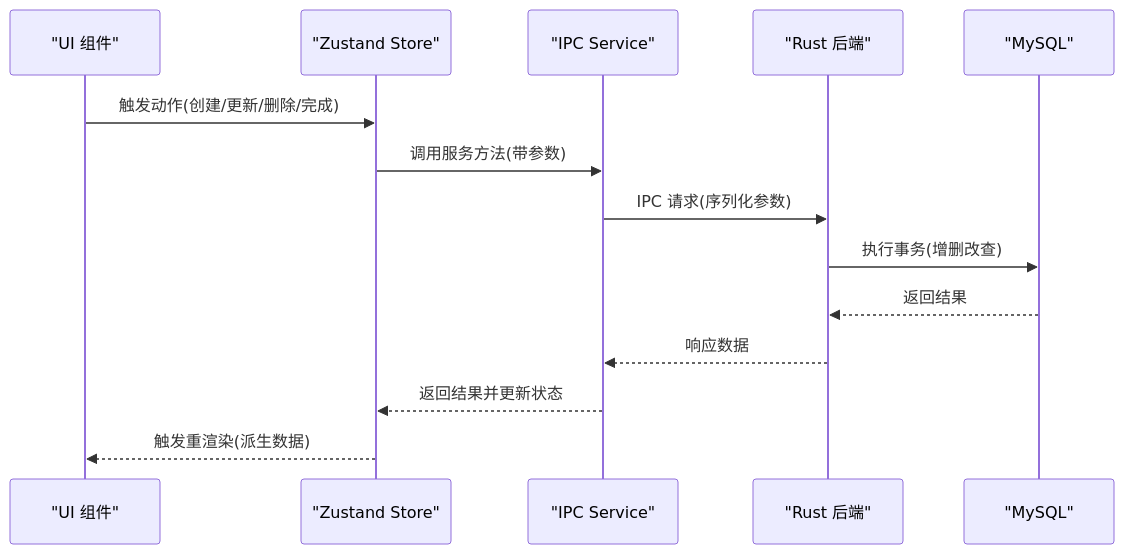
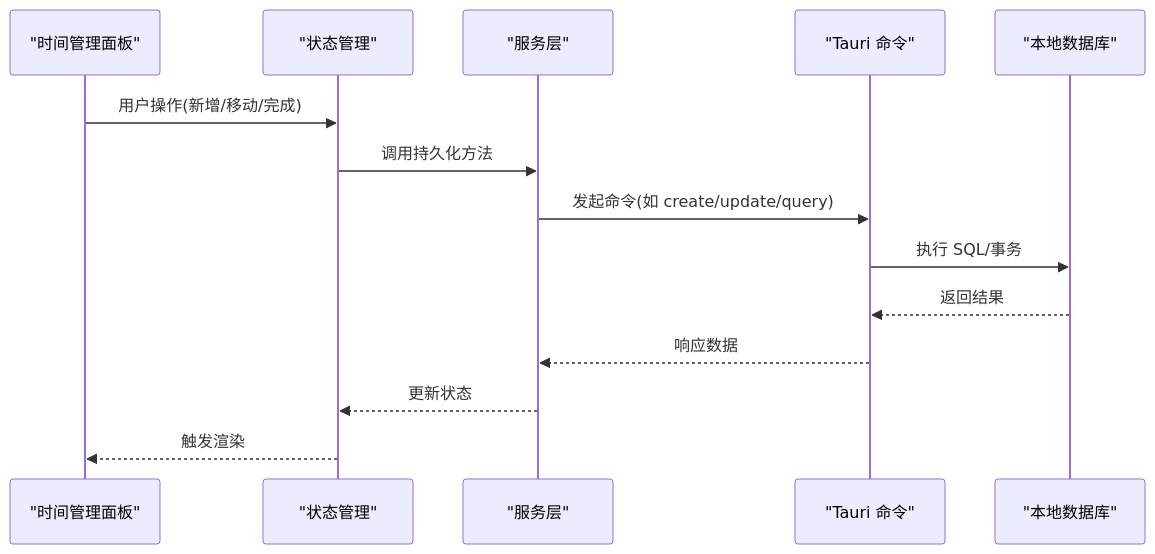
One commit to gzdxhujiale/FishWorker changed the second of 10 diagrams in .qoder/repowiki/zh/content/核心功能模块/时间管理系统.md. Above: the diagram before and after it, drawn with Mermaid. The commit also changed other lines of this file and 238 other files, not shown here.

````diff
--- a/.qoder/repowiki/zh/content/核心功能模块/时间管理系统.md
+++ b/.qoder/repowiki/zh/content/核心功能模块/时间管理系统.md
@@ -122,16 +125,16 @@
 ```mermaid
 sequenceDiagram
-participant UI as "UI 组件"
-participant Store as "Zustand Store"
-participant Service as "IPC Service"
-participant Backend as "Rust 后端"
-participant DB as "MySQL"
-UI->>Store : 触发动作(创建/更新/删除/完成)
-Store->>Service : 调用服务方法(带参数)
-Service->>Backend : IPC 请求(序列化参数)
-Backend->>DB : 执行事务(增删改查)
-DB-->>Backend : 返回结果
-Backend-->>Service : 响应数据
-Service-->>Store : 返回结果并更新状态
-Store-->>UI : 触发重渲染(派生数据)
+participant UI as "时间管理面板"
+participant Store as "状态管理"
+participant Svc as "服务层"
+participant Tauri as "Tauri 命令"
+participant DB as "本地数据库"
+UI->>Store : 用户操作(新增/移动/完成)
+Store->>Svc : 调用持久化方法
+Svc->>Tauri : 发起命令(如 create/update/query)
+Tauri->>DB : 执行 SQL/事务
+DB-->>Tauri : 返回结果
+Tauri-->>Svc : 响应数据
+Svc-->>Store : 更新状态
+Store-->>UI : 触发渲染
 ```
````
